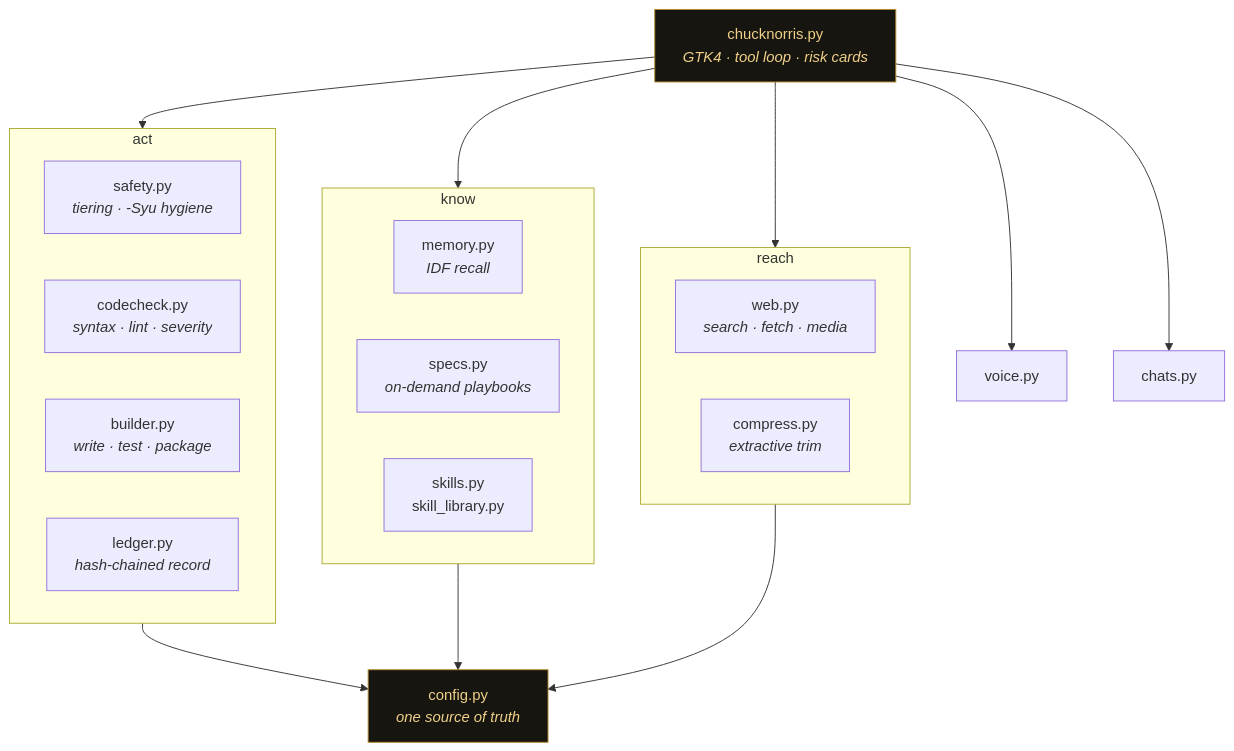
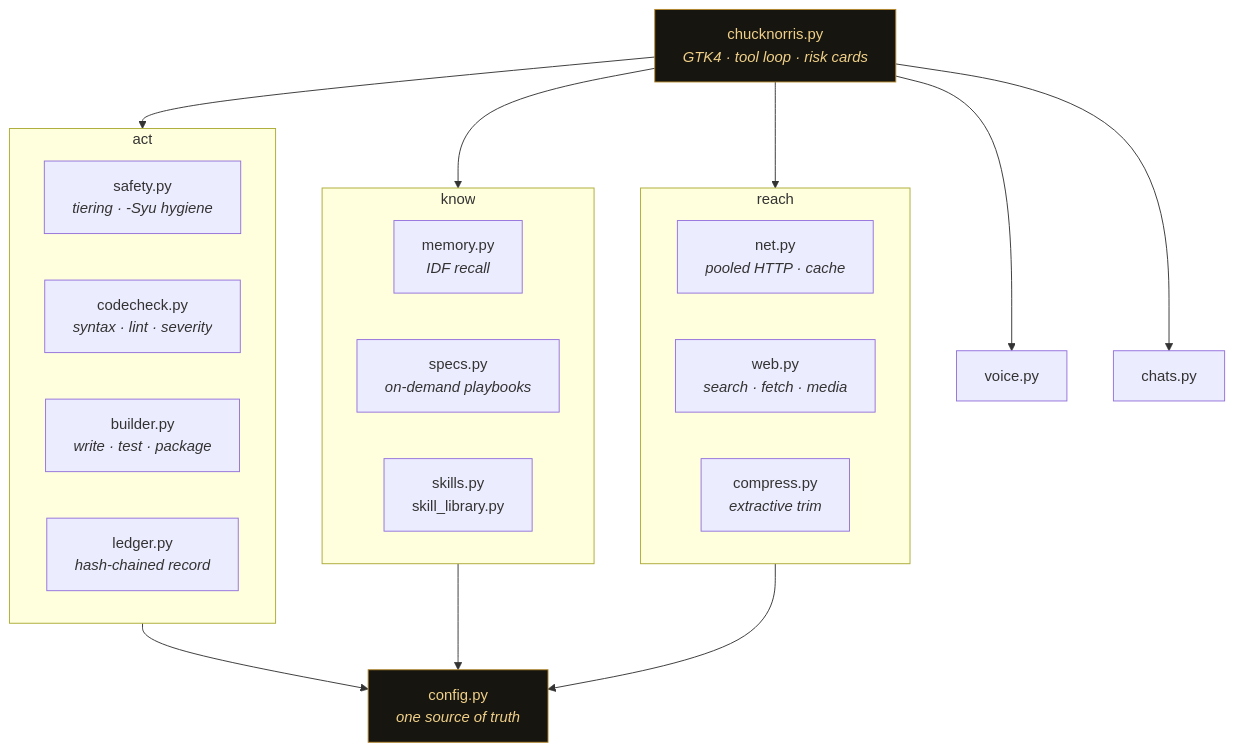
One commit to the-priest/ChuckNorris changed the third of 3 diagrams in README.md. Above: the diagram before and after it, drawn with Mermaid. The commit also changed other lines of this file and 11 other files, not shown here.

````diff
--- a/README.md
+++ b/README.md
@@ -291,38 +299,39 @@
 ```mermaid
 flowchart TB
     UI["chucknorris.py<br/><i>GTK4 · tool loop · risk cards</i>"]
 
     subgraph act [act]
         SAFE["safety.py<br/><i>tiering · -Syu hygiene</i>"]
         CHK["codecheck.py<br/><i>syntax · lint · severity</i>"]
         BLD["builder.py<br/><i>write · test · package</i>"]
         LED["ledger.py<br/><i>hash-chained record</i>"]
     end
 
     subgraph know [know]
         MEM["memory.py<br/><i>IDF recall</i>"]
         SPEC["specs.py<br/><i>on-demand playbooks</i>"]
         SK["skills.py<br/>skill_library.py"]
     end
 
     subgraph reach [reach]
+        NET["net.py<br/><i>pooled HTTP · cache</i>"]
         WEB["web.py<br/><i>search · fetch · media</i>"]
         CMP["compress.py<br/><i>extractive trim</i>"]
     end
 
     VOI["voice.py"]
     CHT["chats.py"]
     CFG["config.py<br/><i>one source of truth</i>"]
 
     UI --> act
     UI --> know
     UI --> reach
     UI --> VOI
     UI --> CHT
     act --> CFG
     know --> CFG
     reach --> CFG
 
     style UI fill:#16150f,stroke:#b6892f,color:#f0d089
     style CFG fill:#16150f,stroke:#b6892f,color:#f0d089
 ```
````
